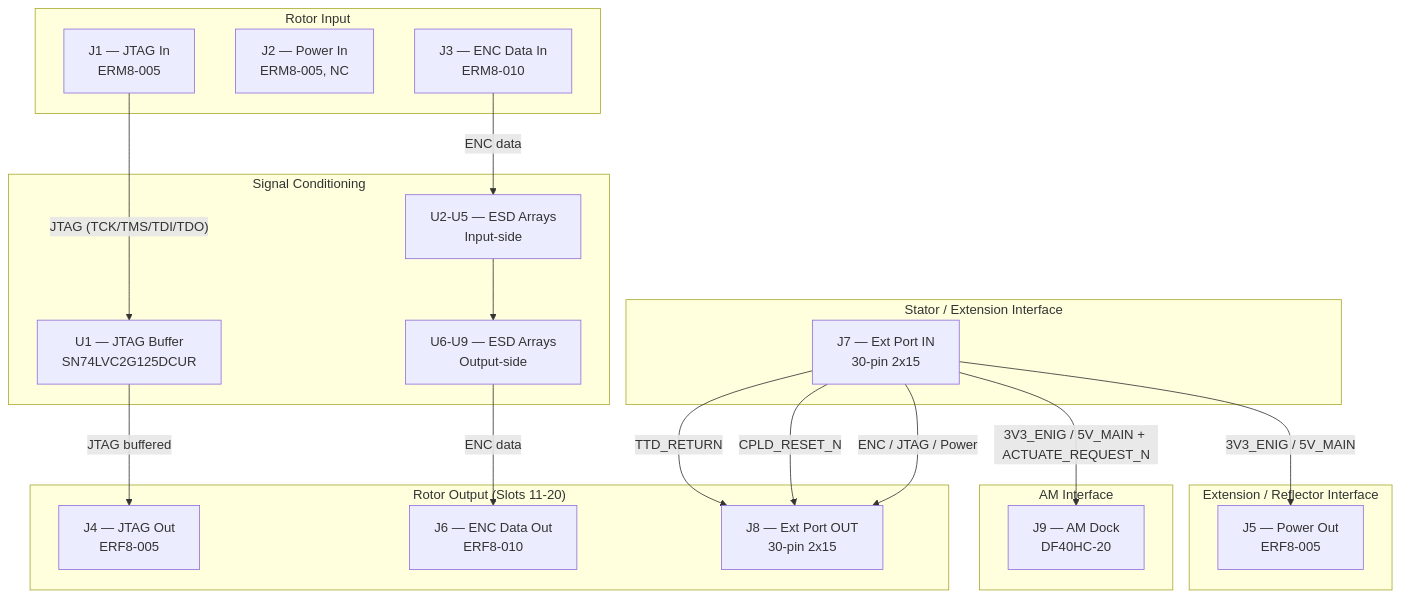
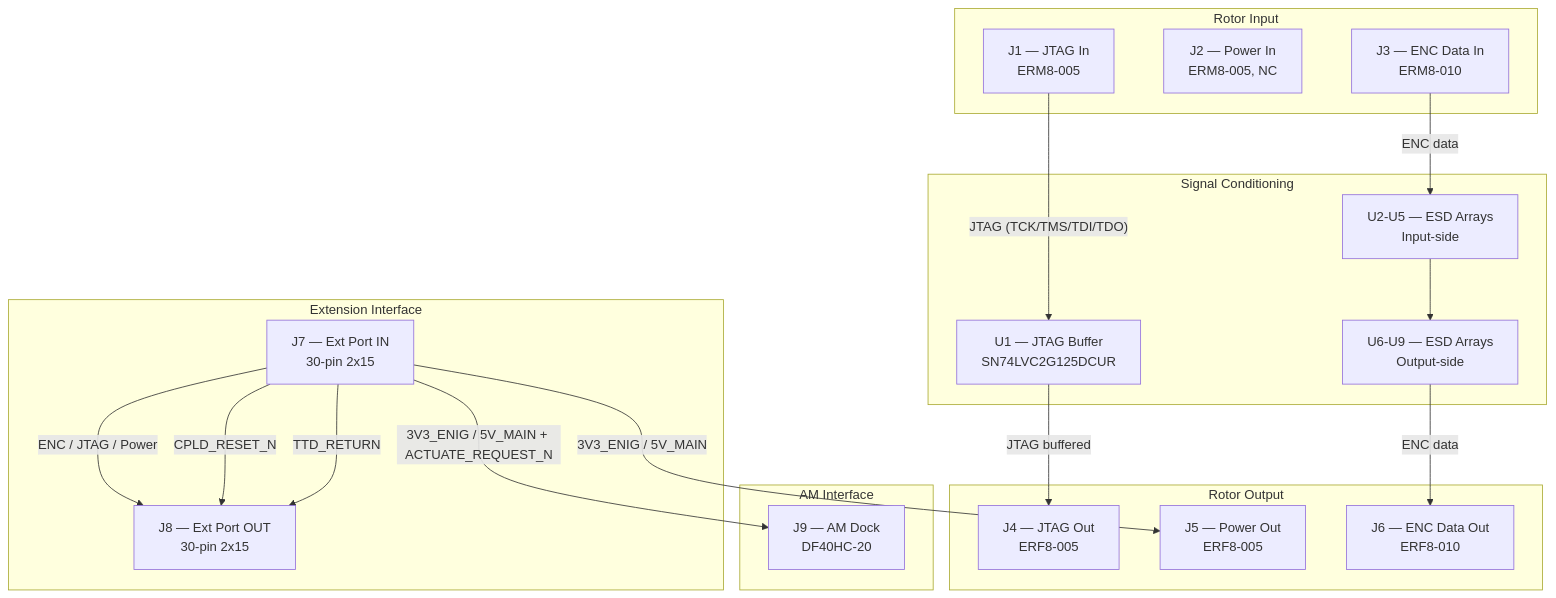
The diagram in design/Electronics/Extension/Design_Spec.md (thepinkmile/Enigma-2026-AI), drawn with Mermaid before and after one commit. The commit also changed other lines of this file and 44 other files, not shown here.

````diff
--- a/design/Electronics/Extension/Design_Spec.md
+++ b/design/Electronics/Extension/Design_Spec.md
@@ -60,43 +60,40 @@
 ```mermaid
 flowchart TD
-  subgraph SEI["Stator / Extension Interface"]
-    J7["J7 — Ext Port IN<br>30-pin 2x15"]
-  end
-
   subgraph RI["Rotor Input"]
     J1["J1 — JTAG In<br>ERM8-005"]
     J2["J2 — Power In<br>ERM8-005, NC"]
     J3["J3 — ENC Data In<br>ERM8-010"]
   end
 
+  subgraph RO["Rotor Output"]
+    J4["J4 — JTAG Out<br>ERF8-005"]
+    J5["J5 — Power Out<br>ERF8-005"]
+    J6["J6 — ENC Data Out<br>ERF8-010"]
+  end
+
+  subgraph EXT["Extension Interface"]
+    J7["J7 — Ext Port IN<br>30-pin 2x15"]
+    J8["J8 — Ext Port OUT<br>30-pin 2x15"]
+  end
+
   subgraph SC["Signal Conditioning"]
     U1["U1 — JTAG Buffer<br>SN74LVC2G125DCUR"]
     ESD_IN["U2-U5 — ESD Arrays<br>Input-side"]
     ESD_OUT["U6-U9 — ESD Arrays<br>Output-side"]
-  end
-
-  subgraph RO["Rotor Output (Slots 11-20)"]
-    J4["J4 — JTAG Out<br>ERF8-005"]
-    J6["J6 — ENC Data Out<br>ERF8-010"]
-    J8["J8 — Ext Port OUT<br>30-pin 2x15"]
-  end
-
-  subgraph ERI["Extension / Reflector Interface"]
-    J5["J5 — Power Out<br>ERF8-005"]
   end
 
   subgraph AI["AM Interface"]
     J9["J9 — AM Dock<br>DF40HC-20"]
   end
 
   J1 -- "JTAG (TCK/TMS/TDI/TDO)" --> U1
   U1 -- "JTAG buffered" --> J4
   J3 -- "ENC data" --> ESD_IN
   ESD_IN --> ESD_OUT
   ESD_OUT -- "ENC data" --> J6
   J7 -- "3V3_ENIG / 5V_MAIN" --> J5
   J7 -- "3V3_ENIG / 5V_MAIN + ACTUATE_REQUEST_N" --> J9
   J7 -- "ENC / JTAG / Power" --> J8
   J7 -- "CPLD_RESET_N" --> J8
   J7 -- "TTD_RETURN" --> J8
 ```
````
